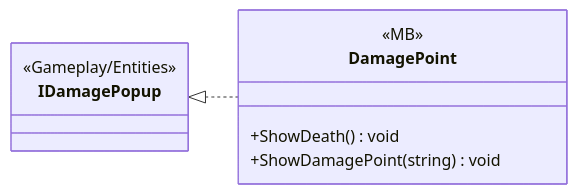
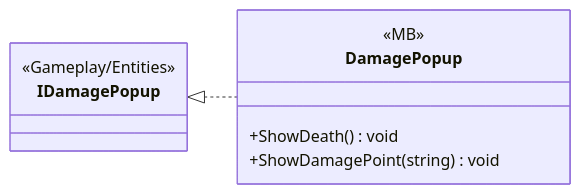
One commit to PhumipatWave/project-ocean changed the diagram in docs/uml/modules/UI_Interactions.md. Above: the diagram before and after it, drawn with Mermaid. The commit also changed other lines of this file and 346 other files, not shown here.

````diff
--- a/docs/uml/modules/UI_Interactions.md
+++ b/docs/uml/modules/UI_Interactions.md
@@ -7,13 +7,13 @@
 ```mermaid
 classDiagram
   direction LR
-  class DamagePoint {
+  class DamagePopup {
     <<MB>>
     +ShowDeath() void
     +ShowDamagePoint(string) void
   }
   class IDamagePopup {
     <<Gameplay/Entities>>
   }
-  IDamagePopup <|.. DamagePoint
+  IDamagePopup <|.. DamagePopup
 ```
````
